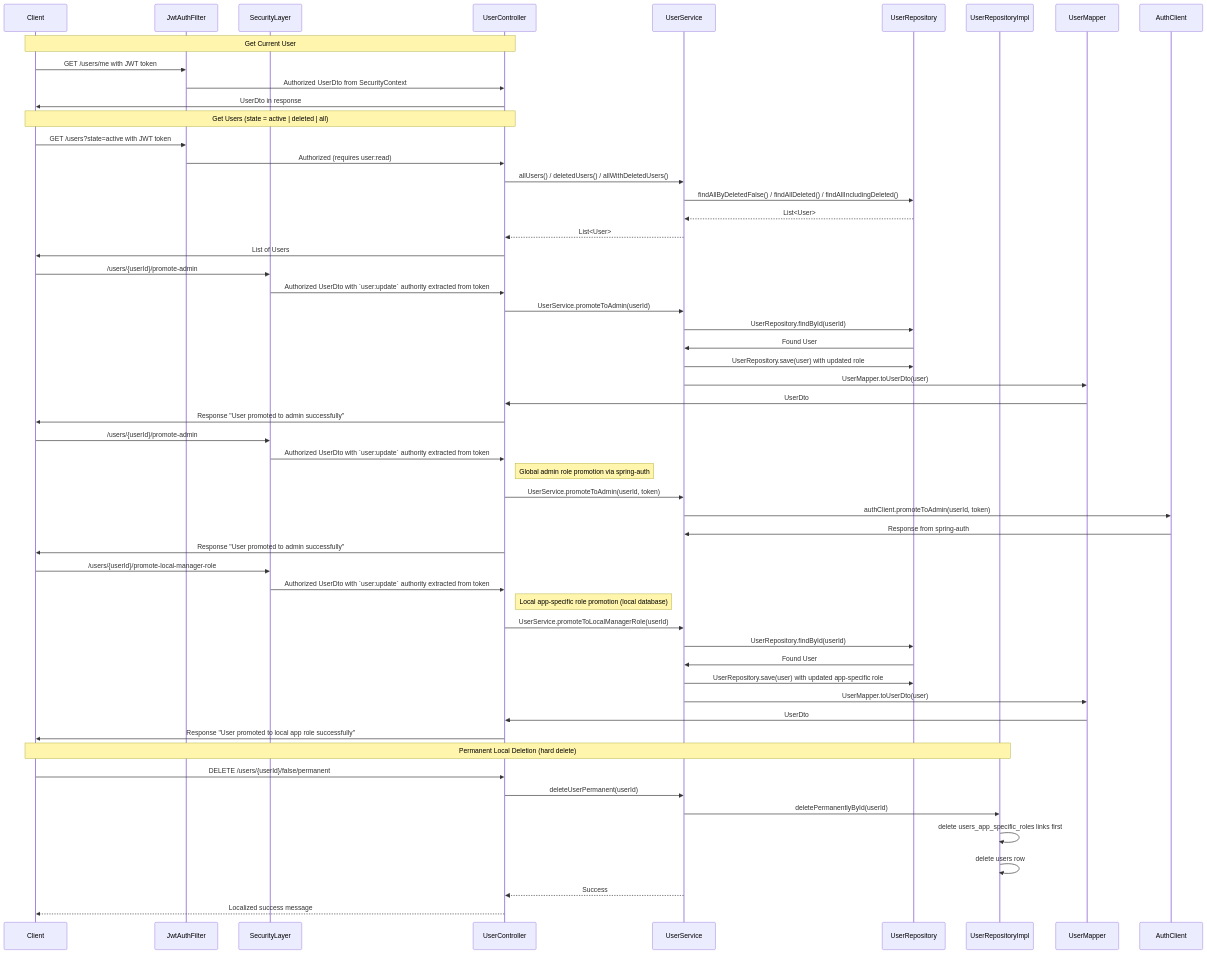
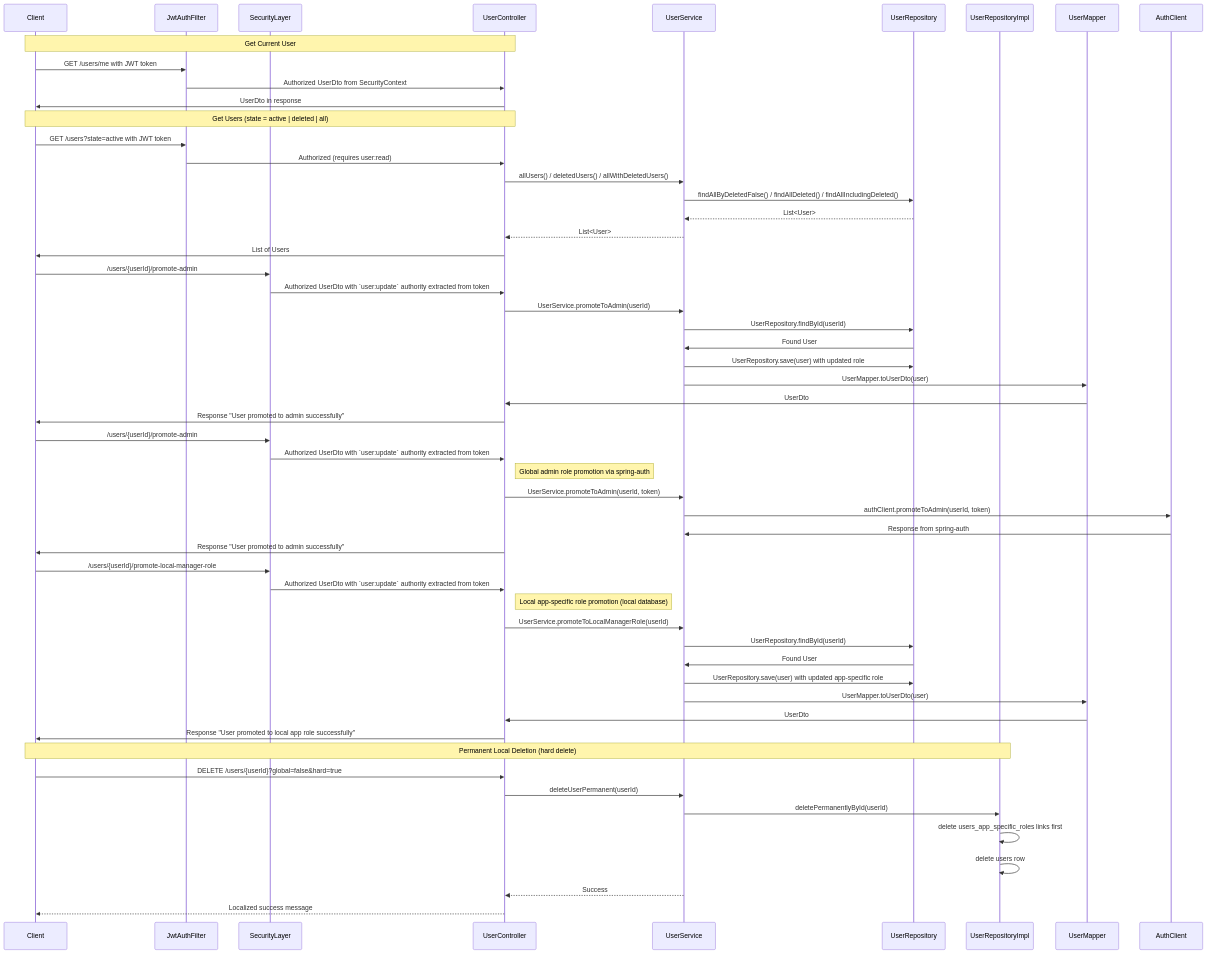
Before and after one commit to OrifInformatique/template_frontback: the sixth of 8 diagrams in docs/process-documentation.md, drawn with Mermaid. The commit also changed 6 other files, not shown here.

````diff
--- a/docs/process-documentation.md
+++ b/docs/process-documentation.md
@@ -306,62 +306,62 @@
 ```mermaid
 sequenceDiagram
     participant Client
     participant JwtAuthFilter
     participant SecurityLayer
     participant UserController
     participant UserService
     participant UserRepository
     participant UserRepositoryImpl
     participant UserMapper
 
     Note over Client,UserController: Get Current User
     Client->>JwtAuthFilter: GET /users/me with JWT token
     JwtAuthFilter->>UserController: Authorized UserDto from SecurityContext
     UserController->>Client: UserDto in response
 
     Note over Client,UserController: Get Users (state = active | deleted | all)
     Client->>JwtAuthFilter: GET /users?state=active with JWT token
     JwtAuthFilter->>UserController: Authorized (requires user:read)
     UserController->>UserService: allUsers() / deletedUsers() / allWithDeletedUsers()
     UserService->>UserRepository: findAllByDeletedFalse() / findAllDeleted() / findAllIncludingDeleted()
     UserRepository-->>UserService: List<User>
     UserService-->>UserController: List<User>
     UserController->>Client: List of Users
 
     Client->>SecurityLayer: /users/{userId}/promote-admin
     SecurityLayer->>UserController: Authorized UserDto with `user:update` authority extracted from token
     UserController->>UserService: UserService.promoteToAdmin(userId)
     UserService->>UserRepository: UserRepository.findById(userId)
     UserRepository->>UserService: Found User
     UserService->>UserRepository: UserRepository.save(user) with updated role
     UserService->>UserMapper: UserMapper.toUserDto(user)
     UserMapper->>UserController: UserDto
     UserController->>Client: Response "User promoted to admin successfully"
     Client->>SecurityLayer: /users/{userId}/promote-admin
     SecurityLayer->>UserController: Authorized UserDto with `user:update` authority extracted from token
     note right of UserController: Global admin role promotion via spring-auth
     UserController->>UserService: UserService.promoteToAdmin(userId, token)
     UserService->>AuthClient: authClient.promoteToAdmin(userId, token)
     AuthClient->>UserService: Response from spring-auth
     UserController->>Client: Response "User promoted to admin successfully"
 
     Client->>SecurityLayer: /users/{userId}/promote-local-manager-role
     SecurityLayer->>UserController: Authorized UserDto with `user:update` authority extracted from token
     note right of UserController: Local app-specific role promotion (local database)
     UserController->>UserService: UserService.promoteToLocalManagerRole(userId)
     UserService->>UserRepository: UserRepository.findById(userId)
     UserRepository->>UserService: Found User
     UserService->>UserRepository: UserRepository.save(user) with updated app-specific role
     UserService->>UserMapper: UserMapper.toUserDto(user)
     UserMapper->>UserController: UserDto
     UserController->>Client: Response "User promoted to local app role successfully"
 
     Note over Client,UserRepositoryImpl: Permanent Local Deletion (hard delete)
-    Client->>UserController: DELETE /users/{userId}/false/permanent
+    Client->>UserController: DELETE /users/{userId}?global=false&hard=true
     UserController->>UserService: deleteUserPermanent(userId)
     UserService->>UserRepositoryImpl: deletePermanentlyById(userId)
     UserRepositoryImpl->>UserRepositoryImpl: delete users_app_specific_roles links first
     UserRepositoryImpl->>UserRepositoryImpl: delete users row
     UserService-->>UserController: Success
     UserController-->>Client: Localized success message
 ```
````
